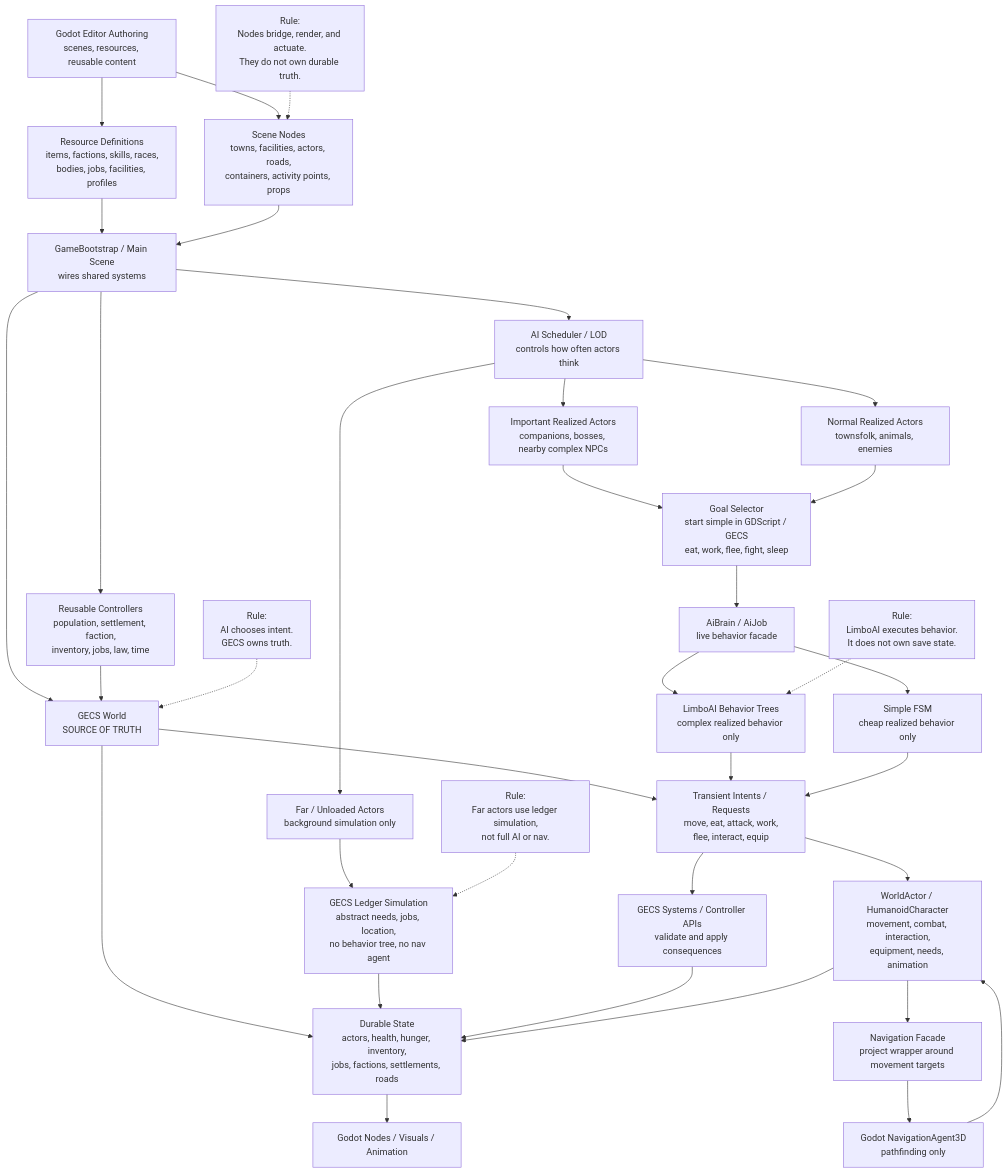
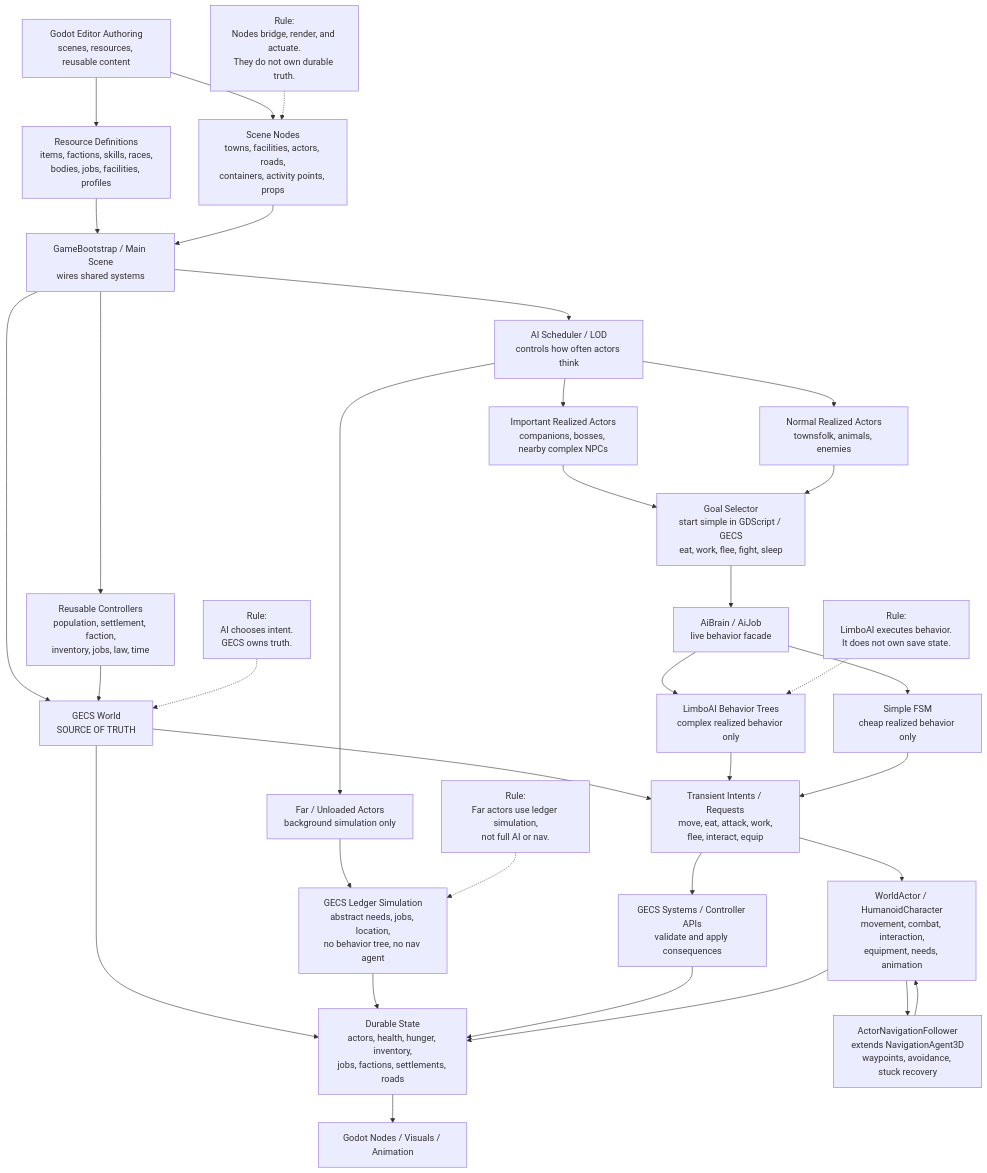
The diagram in architecture/README.md (dustinc555/mygame), drawn with Mermaid before and after one commit. The commit also changed other lines of this file and 20 other files, not shown here.

````diff
--- a/architecture/README.md
+++ b/architecture/README.md
@@ -6,56 +6,55 @@
 ```mermaid
 flowchart TD
     Editor[Godot Editor Authoring<br/>scenes, resources, reusable content]
     Game[GameBootstrap / Main Scene<br/>wires shared systems]
 
     Editor --> Resources[Resource Definitions<br/>items, factions, skills, races,<br/>bodies, jobs, facilities, profiles]
     Editor --> Nodes[Scene Nodes<br/>towns, facilities, actors, roads,<br/>containers, activity points, props]
 
     Resources --> Game
     Nodes --> Game
 
     Game --> GECS[GECS World<br/>SOURCE OF TRUTH]
     GECS --> State[Durable State<br/>actors, health, hunger, inventory,<br/>jobs, factions, settlements, roads]
     GECS --> Intent[Transient Intents / Requests<br/>move, eat, attack, work,<br/>flee, interact, equip]
 
     Game --> Controllers[Reusable Controllers<br/>population, settlement, faction,<br/>inventory, jobs, law, time]
     Controllers --> GECS
 
     Game --> AIScheduler[AI Scheduler / LOD<br/>controls how often actors think]
     AIScheduler --> Important[Important Realized Actors<br/>companions, bosses, nearby complex NPCs]
     AIScheduler --> Normal[Normal Realized Actors<br/>townsfolk, animals, enemies]
     AIScheduler --> Far[Far / Unloaded Actors<br/>background simulation only]
 
     Important --> GoalSelector[Goal Selector<br/>start simple in GDScript / GECS<br/>eat, work, flee, fight, sleep]
     Normal --> GoalSelector
     Far --> Ledger[GECS Ledger Simulation<br/>abstract needs, jobs, location,<br/>no behavior tree, no nav agent]
 
     GoalSelector --> AiJob[AiBrain / AiJob<br/>live behavior facade]
     AiJob --> Limbo[LimboAI Behavior Trees<br/>complex realized behavior only]
     AiJob --> SimpleFSM[Simple FSM<br/>cheap realized behavior only]
 
     Limbo --> Intent
     SimpleFSM --> Intent
     Ledger --> State
 
     Intent --> Systems[GECS Systems / Controller APIs<br/>validate and apply consequences]
     Intent --> Actuator[WorldActor / HumanoidCharacter<br/>movement, combat, interaction,<br/>equipment, needs, animation]
 
-    Actuator --> NavFacade[Navigation Facade<br/>project wrapper around movement targets]
-    NavFacade --> GodotNav[Godot NavigationAgent3D<br/>pathfinding only]
+    Actuator --> GodotNav[ActorNavigationFollower<br/>extends NavigationAgent3D<br/>waypoints, avoidance, stuck recovery]
     GodotNav --> Actuator
 
     Systems --> State
     Actuator --> State
     State --> Visuals[Godot Nodes / Visuals / Animation]
 
     Rule1[Rule:<br/>AI chooses intent.<br/>GECS owns truth.]
     Rule2[Rule:<br/>LimboAI executes behavior.<br/>It does not own save state.]
     Rule3[Rule:<br/>Far actors use ledger simulation,<br/>not full AI or nav.]
     Rule4[Rule:<br/>Nodes bridge, render, and actuate.<br/>They do not own durable truth.]
 
     Rule1 -.-> GECS
     Rule2 -.-> Limbo
     Rule3 -.-> Ledger
     Rule4 -.-> Nodes
 ```
````
